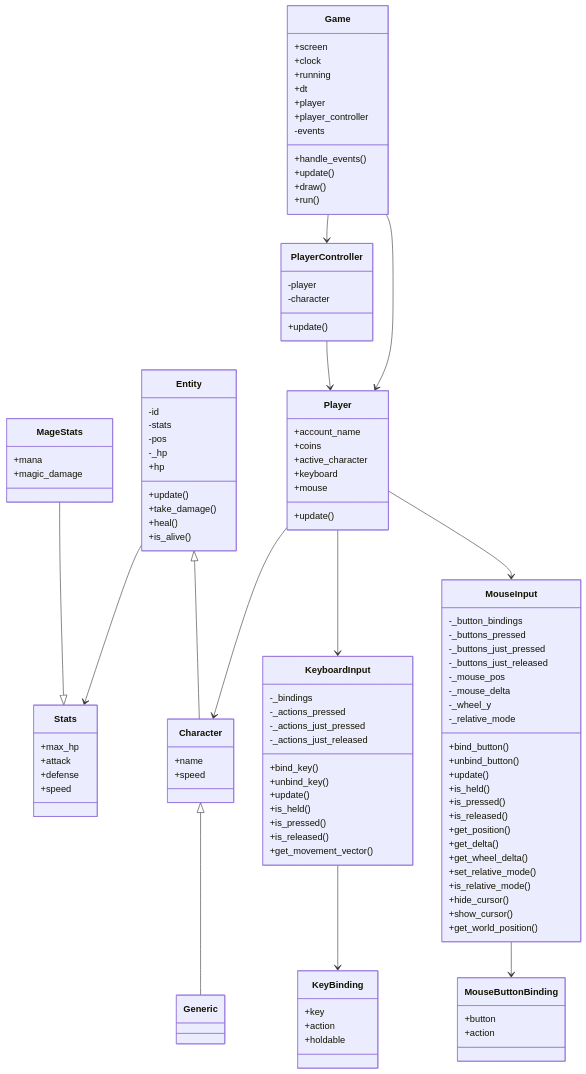
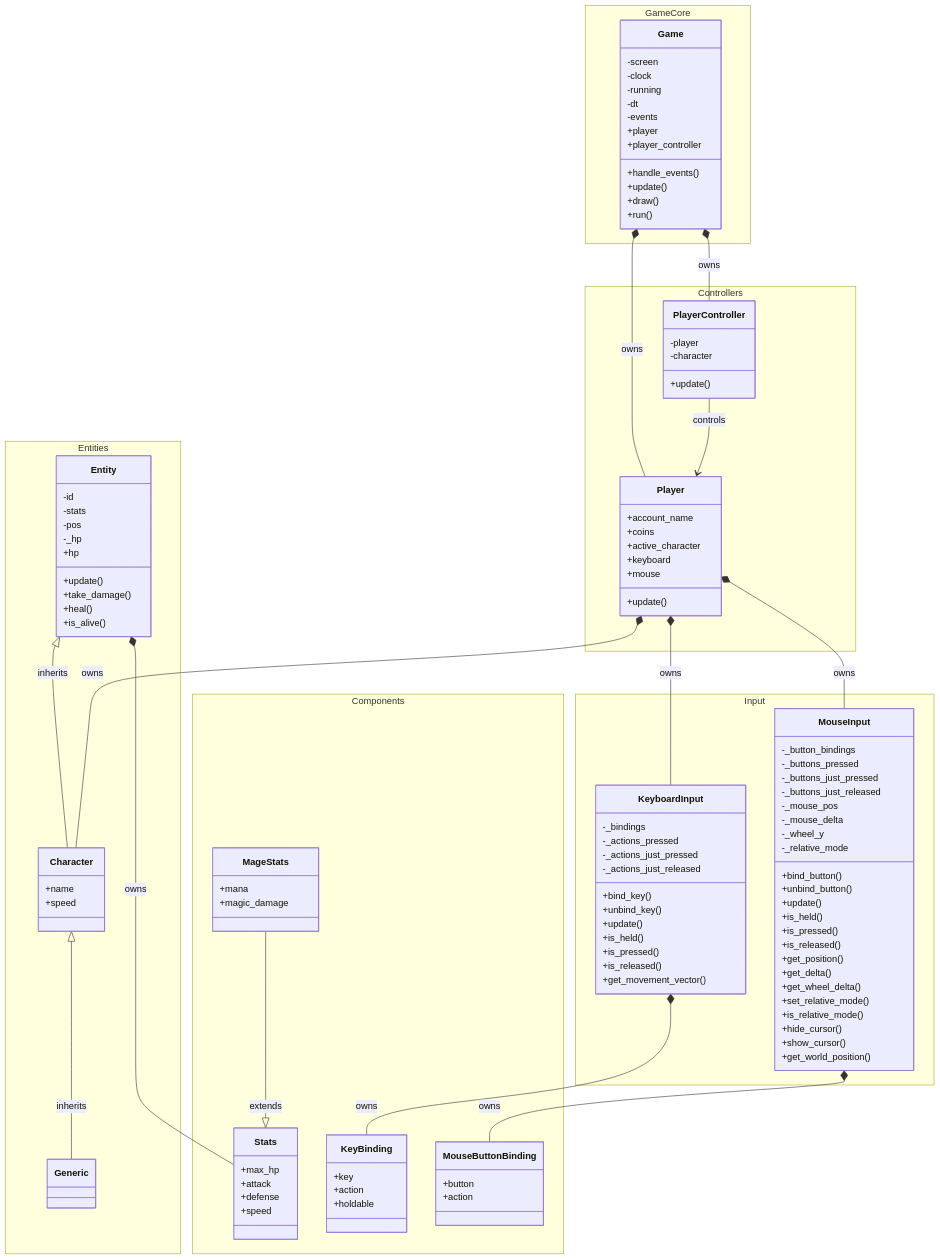
Before and after one commit to aaronmfs/fragment-of-society: the diagram in docs/UMLClass/class-diagram.md, drawn with Mermaid. The commit also changed 2 other files, not shown here.

Commit message:
docs: Refactor to professional structure

````diff
--- a/docs/UMLClass/class-diagram.md
+++ b/docs/UMLClass/class-diagram.md
@@ -1,128 +1,138 @@
 ```mermaid
 classDiagram
-    class Stats {
-        +max_hp
-        +attack
-        +defense
-        +speed
-    }
-    
-    class MageStats {
-        +mana
-        +magic_damage
-    }
-    
-    class KeyBinding {
-        +key
-        +action
-        +holdable
-    }
-    
-    class MouseButtonBinding {
-        +button
-        +action
+    namespace GameCore {
+        class Game {
+            -screen
+            -clock
+            -running
+            -dt
+            -events
+            +player
+            +player_controller
+            +handle_events()
+            +update()
+            +draw()
+            +run()
+        }
     }
 
-    MageStats --|> Stats
-    
-    class Entity {
-        -id
-        -stats
-        -pos
-        -_hp
-        +hp
-        +update()
-        +take_damage()
-        +heal()
-        +is_alive()
+    namespace Entities {
+        class Entity {
+            -id
+            -stats
+            -pos
+            -_hp
+            +hp
+            +update()
+            +take_damage()
+            +heal()
+            +is_alive()
+        }
+        
+        class Character {
+            +name
+            +speed
+        }
+        
+        class Generic
     }
-    
-    class Character {
-        +name
-        +speed
+
+    namespace Components {
+        class Stats {
+            +max_hp
+            +attack
+            +defense
+            +speed
+        }
+        
+        class MageStats {
+            +mana
+            +magic_damage
+        }
+        
+        class KeyBinding {
+            +key
+            +action
+            +holdable
+        }
+        
+        class MouseButtonBinding {
+            +button
+            +action
+        }
     }
-    
-    class Generic
-    
-    Entity <|-- Character
-    Character <|-- Generic
-    
-    class Player {
-        +account_name
-        +coins
-        +active_character
-        +keyboard
-        +mouse
-        +update()
+
+    namespace Input {
+        class KeyboardInput {
+            -_bindings
+            -_actions_pressed
+            -_actions_just_pressed
+            -_actions_just_released
+            +bind_key()
+            +unbind_key()
+            +update()
+            +is_held()
+            +is_pressed()
+            +is_released()
+            +get_movement_vector()
+        }
+        
+        class MouseInput {
+            -_button_bindings
+            -_buttons_pressed
+            -_buttons_just_pressed
+            -_buttons_just_released
+            -_mouse_pos
+            -_mouse_delta
+            -_wheel_y
+            -_relative_mode
+            +bind_button()
+            +unbind_button()
+            +update()
+            +is_held()
+            +is_pressed()
+            +is_released()
+            +get_position()
+            +get_delta()
+            +get_wheel_delta()
+            +set_relative_mode()
+            +is_relative_mode()
+            +hide_cursor()
+            +show_cursor()
+            +get_world_position()
+        }
     }
-    
-    class PlayerController {
-        -player
-        -character
-        +update()
+
+    namespace Controllers {
+        class Player {
+            +account_name
+            +coins
+            +active_character
+            +keyboard
+            +mouse
+            +update()
+        }
+        
+        class PlayerController {
+            -player
+            -character
+            +update()
+        }
     }
-    
-    PlayerController --> Player
-    
-    class KeyboardInput {
-        -_bindings
-        -_actions_pressed
-        -_actions_just_pressed
-        -_actions_just_released
-        +bind_key()
-        +unbind_key()
-        +update()
-        +is_held()
-        +is_pressed()
-        +is_released()
-        +get_movement_vector()
-    }
-    
-    class MouseInput {
-        -_button_bindings
-        -_buttons_pressed
-        -_buttons_just_pressed
-        -_buttons_just_released
-        -_mouse_pos
-        -_mouse_delta
-        -_wheel_y
-        -_relative_mode
-        +bind_button()
-        +unbind_button()
-        +update()
-        +is_held()
-        +is_pressed()
-        +is_released()
-        +get_position()
-        +get_delta()
-        +get_wheel_delta()
-        +set_relative_mode()
-        +is_relative_mode()
-        +hide_cursor()
-        +show_cursor()
-        +get_world_position()
-    }
-    
-    class Game {
-        +screen
-        +clock
-        +running
-        +dt
-        +player
-        +player_controller
-        -events
-        +handle_events()
-        +update()
-        +draw()
-        +run()
-    }
-    
-    Entity --> Stats
-    Player --> Character
-    Player --> KeyboardInput
-    Player --> MouseInput
-    Game --> Player
-    Game --> PlayerController
-    KeyboardInput --> KeyBinding
-    MouseInput --> MouseButtonBinding
+
+    %% Inheritance
+    MageStats --|> Stats : extends
+    Entity <|-- Character : inherits
+    Character <|-- Generic : inherits
+
+    %% Composition/Aggregation
+    Game *-- Player : owns
+    Game *-- PlayerController : owns
+    Player *-- Character : owns
+    Player *-- KeyboardInput : owns
+    Player *-- MouseInput : owns
+    PlayerController --> Player : controls
+    Entity *-- Stats : owns
+    KeyboardInput *-- KeyBinding : owns
+    MouseInput *-- MouseButtonBinding : owns
 ```
````
